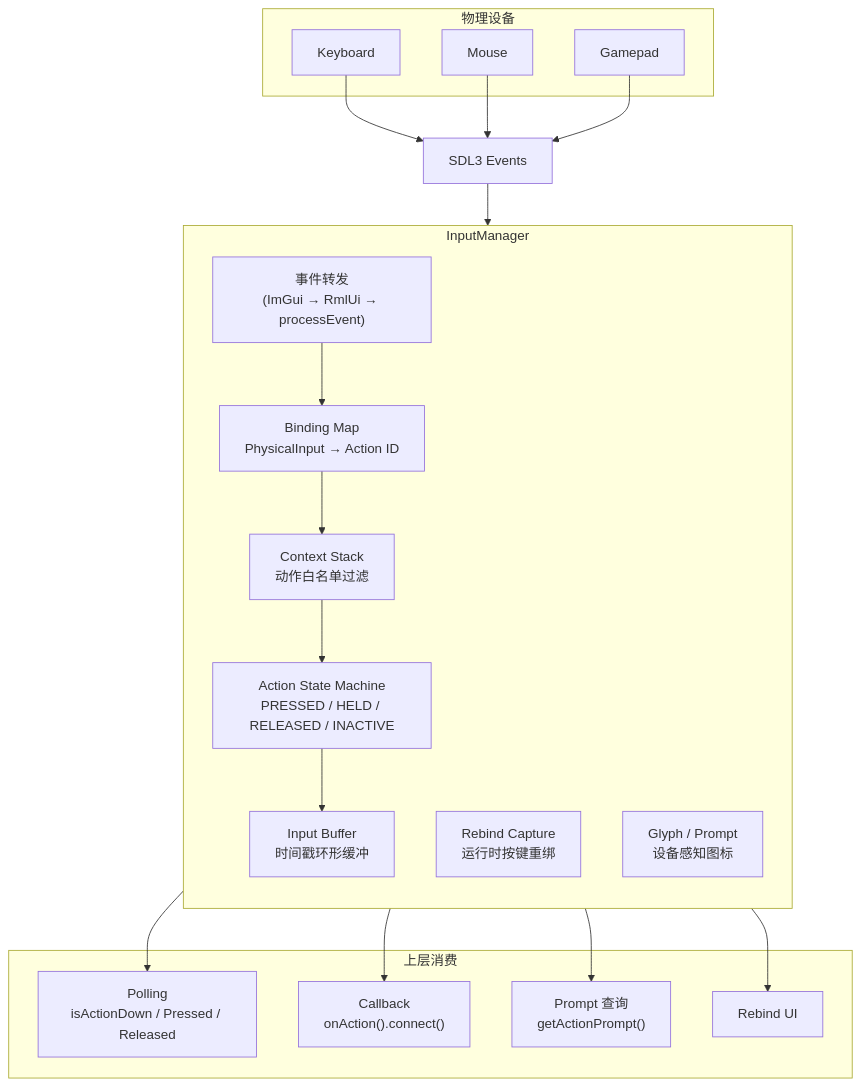
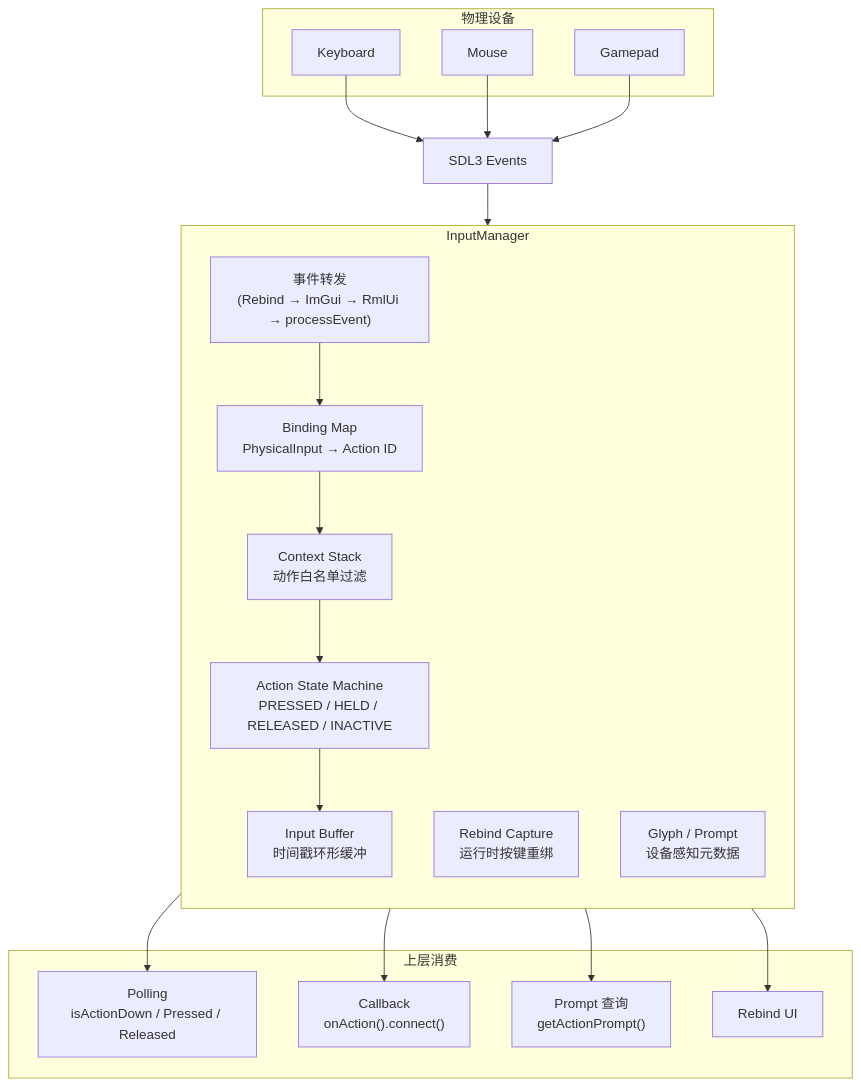
Before and after one commit to WispSnow/TinyFarmRPG: the first of 16 diagrams in docs/engine/input_system.md, drawn with Mermaid. The commit also changed other lines of this file and 7 other files, not shown here.

````diff
--- a/docs/engine/input_system.md
+++ b/docs/engine/input_system.md
@@ -10,37 +10,37 @@
 ```mermaid
 graph TB
     subgraph 物理设备
         KB[Keyboard]
         MS[Mouse]
         GP[Gamepad]
     end
 
     SDL["SDL3 Events"]
     KB & MS & GP --> SDL
 
     subgraph InputManager
         direction TB
-        EF["事件转发<br/>(ImGui → RmlUi → processEvent)"]
+        EF["事件转发<br/>(Rebind → ImGui → RmlUi → processEvent)"]
         BM["Binding Map<br/>PhysicalInput → Action ID"]
         SM["Action State Machine<br/>PRESSED / HELD / RELEASED / INACTIVE"]
         CTX["Context Stack<br/>动作白名单过滤"]
         BUF["Input Buffer<br/>时间戳环形缓冲"]
         RB["Rebind Capture<br/>运行时按键重绑"]
-        GL["Glyph / Prompt<br/>设备感知图标"]
+        GL["Glyph / Prompt<br/>设备感知元数据"]
     end
 
     SDL --> EF --> BM --> CTX --> SM
     SM --> BUF
 
     subgraph 上层消费
         POLL["Polling<br/>isActionDown / Pressed / Released"]
         CB["Callback<br/>onAction().connect()"]
         PROMPT["Prompt 查询<br/>getActionPrompt()"]
         REBIND_UI["Rebind UI"]
     end
 
     SM --> POLL
     SM --> CB
     GL --> PROMPT
     RB --> REBIND_UI
 ```
````
